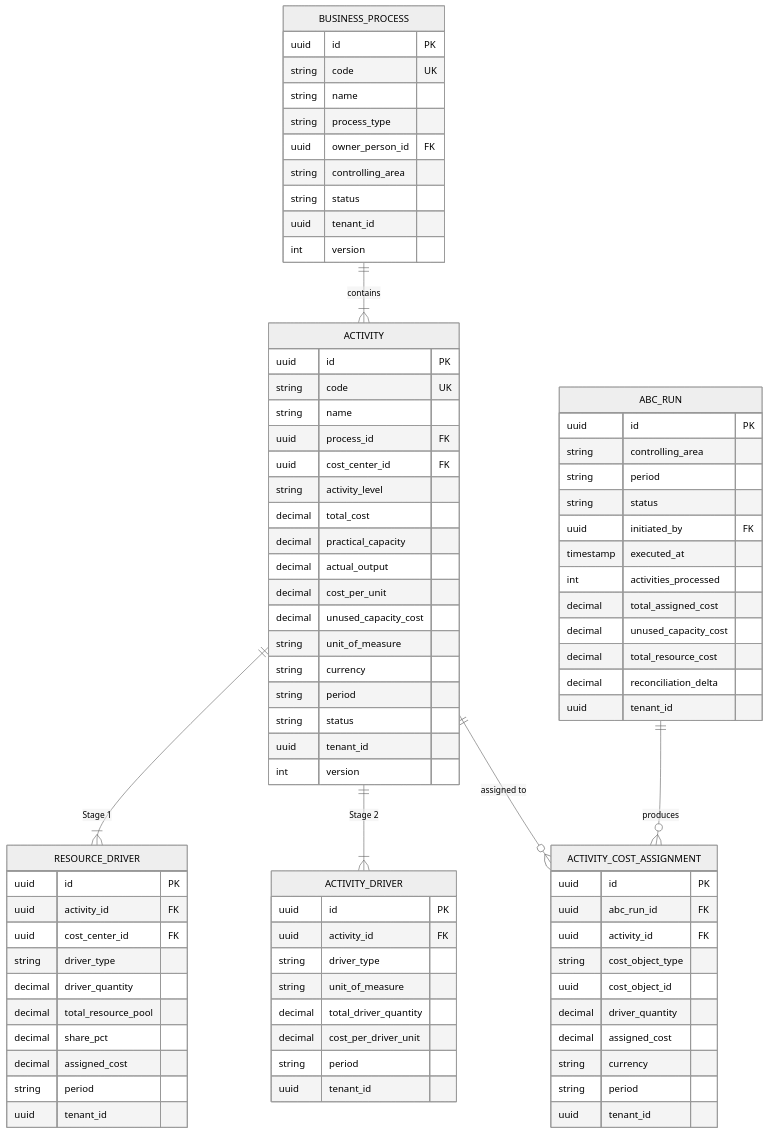
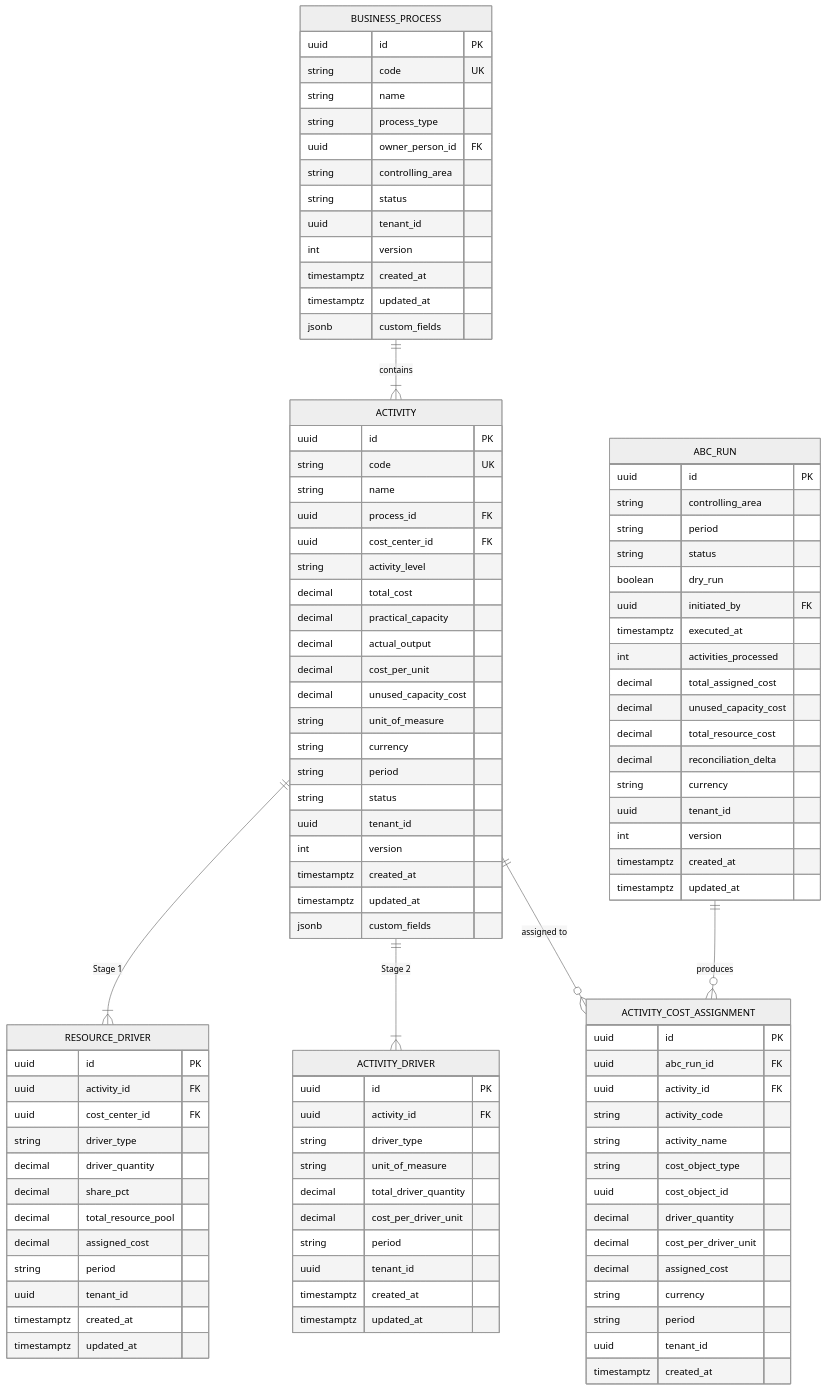
One commit to openleap-io/io.openleap.dev.spec changed the seventh of 7 diagrams in T3_Domains/CO/domain-specs/co_abc-spec.md. Above: the diagram before and after it, drawn with Mermaid (neutral theme). The commit also changed other lines of this file and 54 other files, not shown here.

````diff
--- a/T3_Domains/CO/domain-specs/co_abc-spec.md
+++ b/T3_Domains/CO/domain-specs/co_abc-spec.md
@@ -784,6 +2423,9 @@
         string status
         uuid tenant_id
         int version
+        timestamptz created_at
+        timestamptz updated_at
+        jsonb custom_fields
     }
 
     ACTIVITY {
@@ -804,6 +2446,9 @@
         string status
         uuid tenant_id
         int version
+        timestamptz created_at
+        timestamptz updated_at
+        jsonb custom_fields
     }
 
     RESOURCE_DRIVER {
@@ -812,11 +2457,13 @@
         uuid cost_center_id FK
         string driver_type
         decimal driver_quantity
+        decimal share_pct
         decimal total_resource_pool
-        decimal share_pct
         decimal assigned_cost
         string period
         uuid tenant_id
+        timestamptz created_at
+        timestamptz updated_at
     }
 
     ACTIVITY_DRIVER {
@@ -828,19 +2475,25 @@
         decimal cost_per_driver_unit
         string period
         uuid tenant_id
+        timestamptz created_at
+        timestamptz updated_at
     }
 
     ACTIVITY_COST_ASSIGNMENT {
         uuid id PK
         uuid abc_run_id FK
         uuid activity_id FK
+        string activity_code
+        string activity_name
         string cost_object_type
         uuid cost_object_id
         decimal driver_quantity
+        decimal cost_per_driver_unit
         decimal assigned_cost
         string currency
         string period
         uuid tenant_id
+        timestamptz created_at
     }
 
     ABC_RUN {
@@ -848,13 +2501,18 @@
         string controlling_area
         string period
         string status
+        boolean dry_run
         uuid initiated_by FK
-        timestamp executed_at
+        timestamptz executed_at
         int activities_processed
         decimal total_assigned_cost
         decimal unused_capacity_cost
         decimal total_resource_cost
         decimal reconciliation_delta
+        string currency
         uuid tenant_id
+        int version
+        timestamptz created_at
+        timestamptz updated_at
     }
 ```
````
